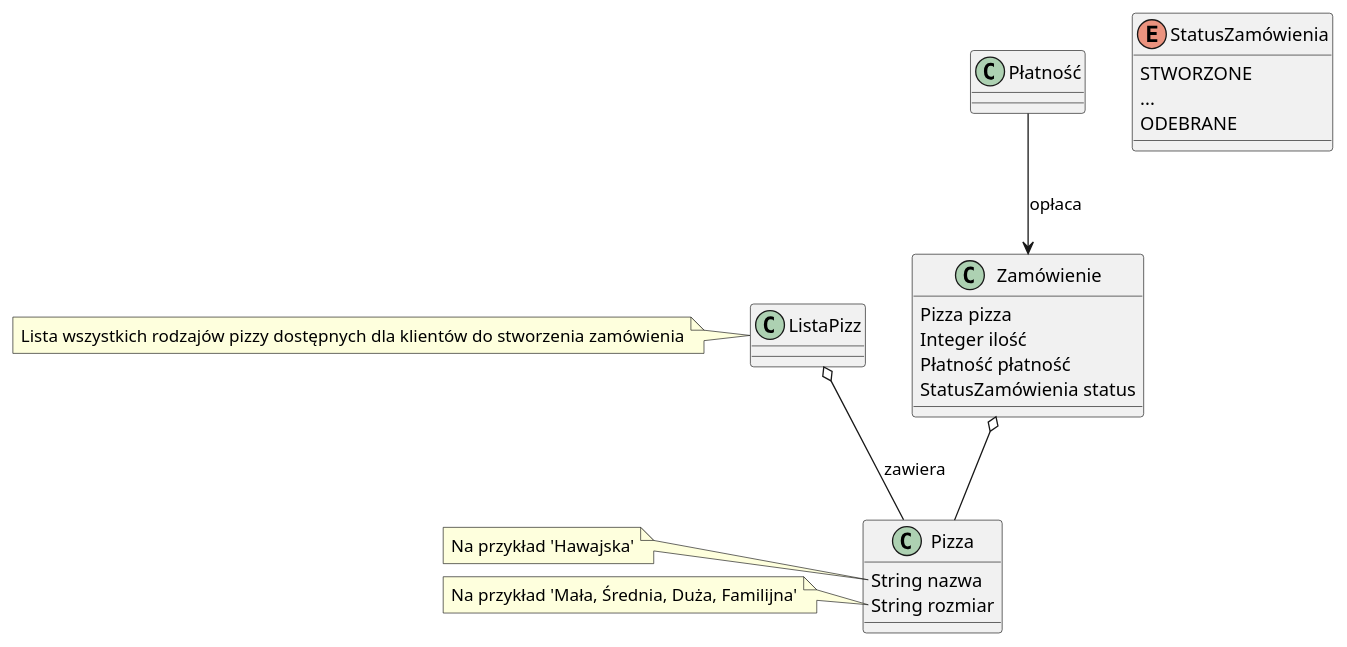
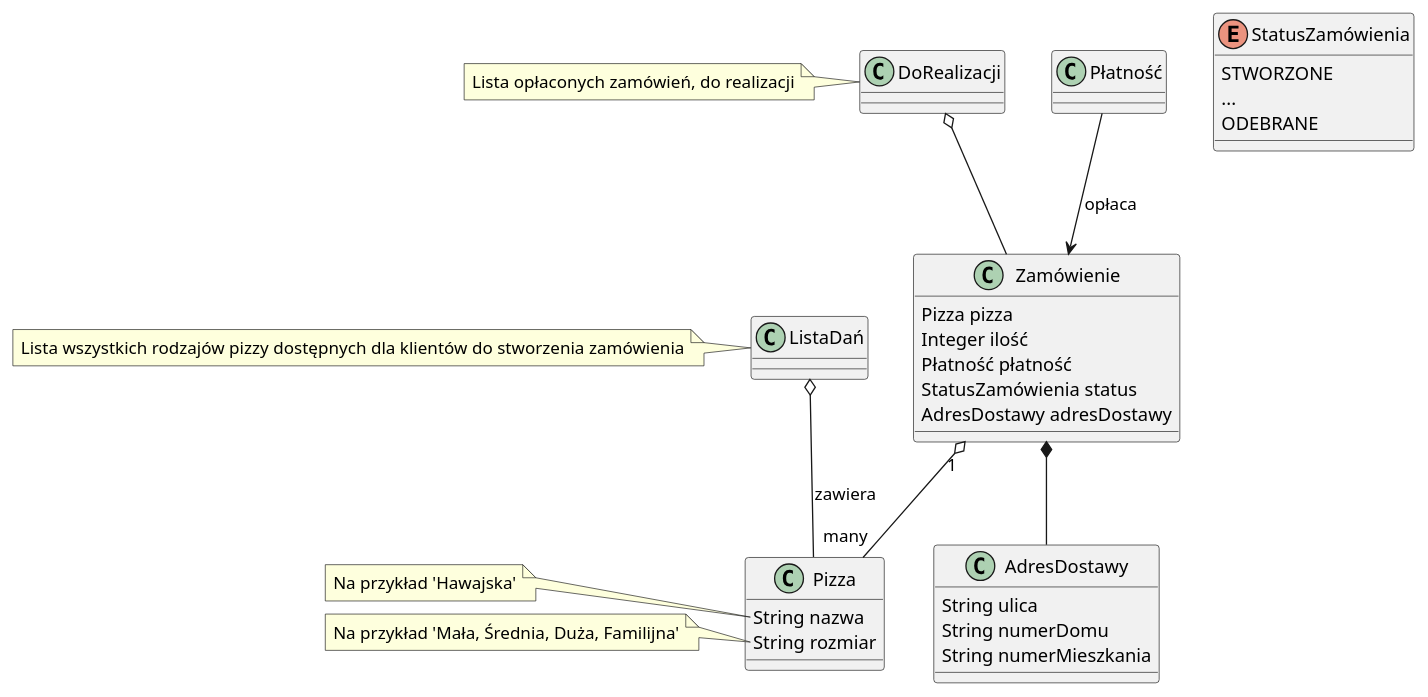
One commit to siudeks/alek-dev changed the second of 6 diagrams in 1.puml. Above: the diagram before and after it, drawn with PlantUML. The commit also changed other lines of this file, not shown here.

```diff
--- a/1.puml
+++ b/1.puml
@@ -26,37 +26,50 @@
-@startuml "Diagram klas"
-    class ListaPizz
+@startuml "Zadanie 2 Diagram klas"
+    class ListaDań
     note left: Lista wszystkich rodzajów pizzy dostępnych dla klientów do stworzenia zamówienia
+
+    class DoRealizacji {
+    }
+    note left: Lista opłaconych zamówień, do realizacji
 
     class Pizza {
         String nazwa
         String rozmiar
     }
     note left of Pizza::nazwa
         Na przykład 'Hawajska'
     end note
     note left of Pizza::rozmiar
         Na przykład 'Mała, Średnia, Duża, Familijna'
     end note
 
+    class AdresDostawy {
+        String ulica
+        String numerDomu
+        String numerMieszkania
+    }
+
     class Zamówienie {
         Pizza pizza
         Integer ilość
         Płatność płatność
         StatusZamówienia status
+        AdresDostawy adresDostawy
     }
 
     enum StatusZamówienia {
         STWORZONE
         ...
         ODEBRANE
     }
 
     class Płatność {
 
     }
 
-    ListaPizz o-- Pizza : zawiera
+    ListaDań o-- Pizza : zawiera
     Płatność --> Zamówienie : opłaca
-    Zamówienie o-- Pizza
+    Zamówienie "1" o-- "many" Pizza
+    Zamówienie *-- AdresDostawy
+    DoRealizacji o-- Zamówienie
 
 @enduml
```
